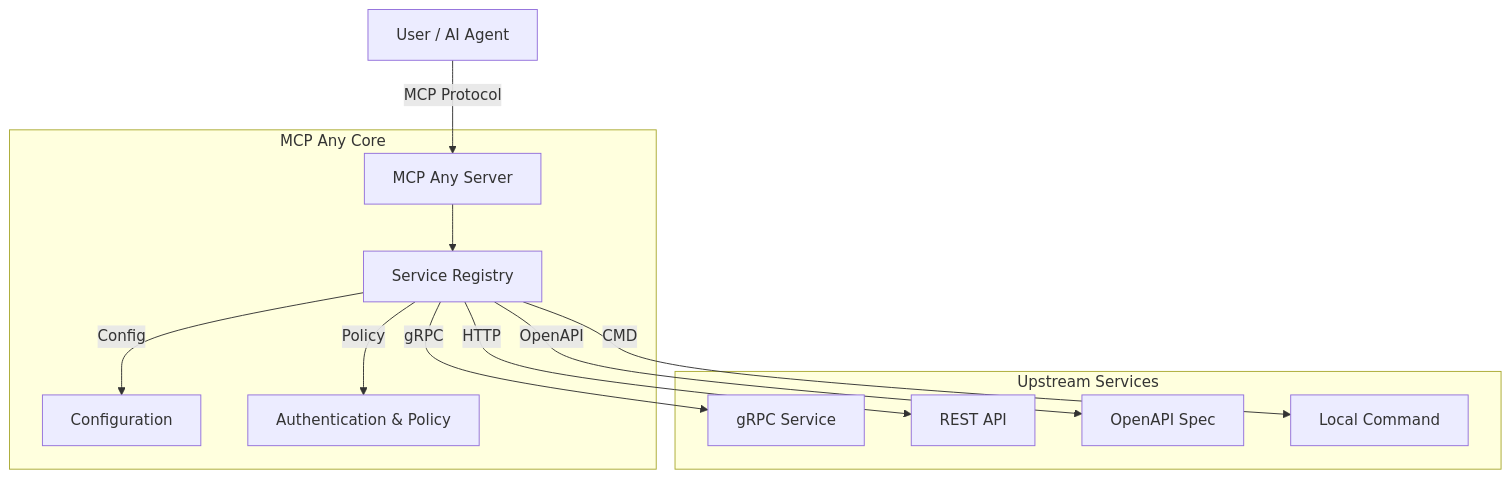
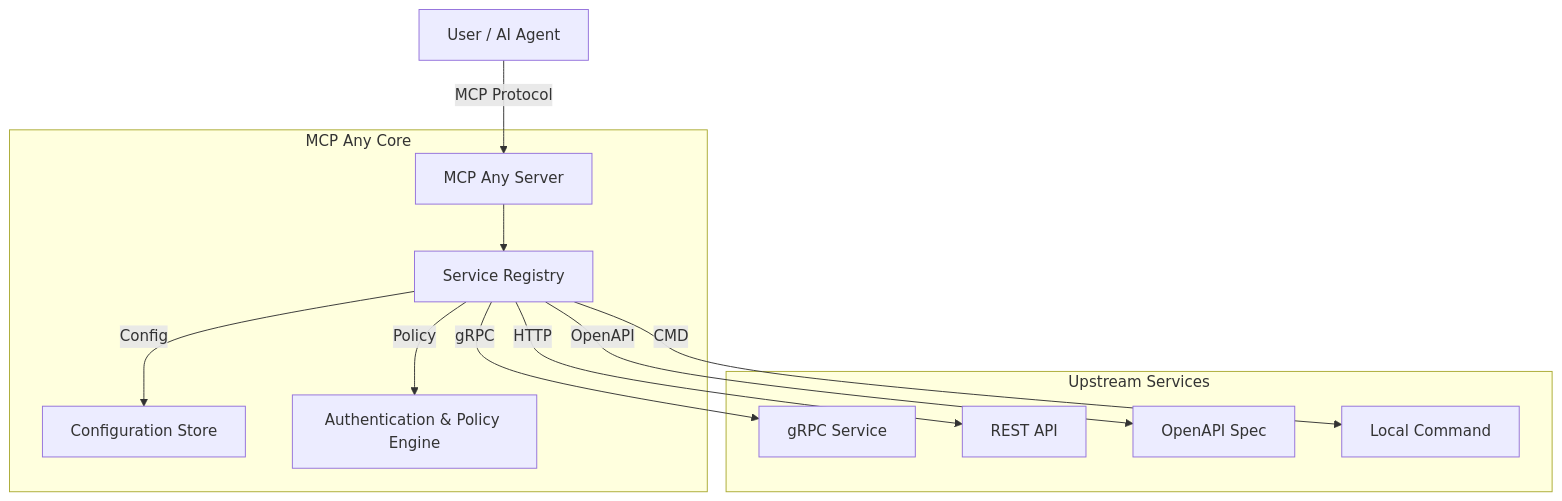
Before and after one commit to mcpany/core: the diagram in README.md, drawn with Mermaid. The commit also changed other lines of this file and 7 other files, not shown here.

````diff
--- a/README.md
+++ b/README.md
@@ -109,17 +25,17 @@
 ```mermaid
 graph TD
     User[User / AI Agent] -->|MCP Protocol| Server[MCP Any Server]
 
     subgraph "MCP Any Core"
         Server --> Registry[Service Registry]
-        Registry -->|Config| Config[Configuration]
-        Registry -->|Policy| Auth[Authentication & Policy]
+        Registry -->|Config| Config[Configuration Store]
+        Registry -->|Policy| Auth[Authentication & Policy Engine]
     end
 
     subgraph "Upstream Services"
         Registry -->|gRPC| ServiceA[gRPC Service]
         Registry -->|HTTP| ServiceB[REST API]
         Registry -->|OpenAPI| ServiceC[OpenAPI Spec]
         Registry -->|CMD| ServiceD[Local Command]
     end
 ```
````
